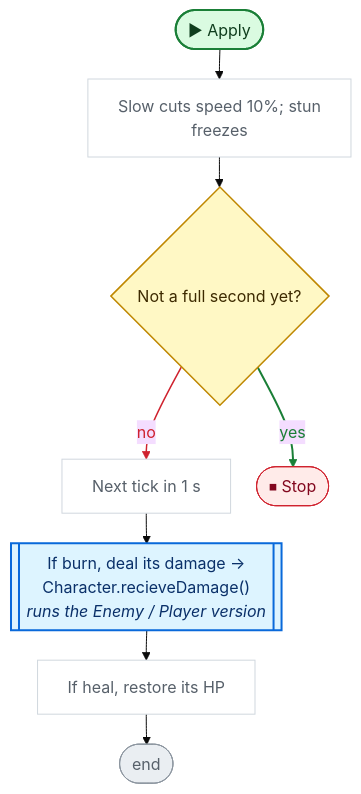
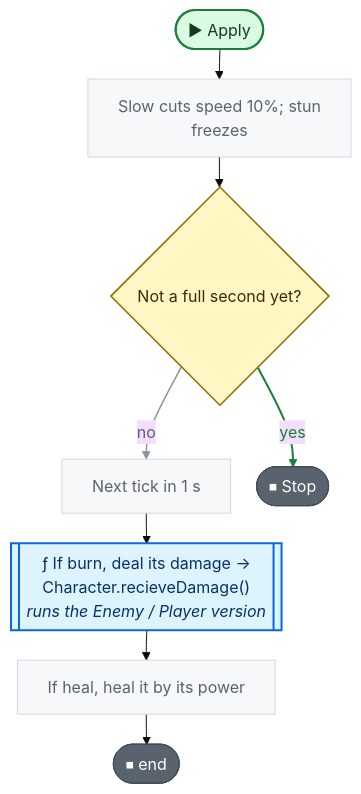
One commit to nataiai/Lord-of-the-Dungeon changed the fifth of 5 diagrams in CodeGraph~/graph/BuffEffect.cs.md. Above: the diagram before and after it, drawn with Mermaid (base theme). The commit also changed other lines of this file and 57 other files, not shown here.

````diff
--- a/CodeGraph~/graph/BuffEffect.cs.md
+++ b/CodeGraph~/graph/BuffEffect.cs.md
@@ -229,47 +231,47 @@
 ```mermaid
 ---
 config:
   flowchart:
     wrappingWidth: 260
     nodeSpacing: 26
     rankSpacing: 30
 ---
 flowchart TD
   nS(["▶ Apply"])
   n66868f["Slow cuts speed 10%; stun<br>freezes"]
   n2354d9{"Not a full second yet?"}
   nca6318["Next tick in 1 s"]
-  n2294e9[["If burn, deal its damage →<br>Character.recieveDamage()<br><i>runs the Enemy / Player version</i>"]]
-  nd05218["If heal, restore its HP"]
-  nE(["end"])
+  n2294e9[["ƒ If burn, deal its damage →<br>Character.recieveDamage()<br><i>runs the Enemy / Player version</i>"]]
+  nd05218["If heal, heal it by its power"]
+  nE(["⏹ end"])
   nb2e4fc(["⏹ Stop"])
   nS --> n66868f
   n66868f --> n2354d9
   n2354d9 -->|no| nca6318
   n2354d9 -->|yes| nb2e4fc
   nca6318 --> n2294e9
   n2294e9 --> nd05218
   nd05218 --> nE
-  linkStyle 2 stroke:#cf222e,stroke-width:1.5px,color:#cf222e
+  linkStyle 2 stroke:#8c959f,stroke-width:1.5px,color:#59636e
   linkStyle 3 stroke:#1a7f37,stroke-width:2px,color:#1a7f37
   classDef unity fill:#dafbe1,stroke:#1a7f37,stroke-width:2px,color:#0f3d1d
   classDef start fill:#dafbe1,stroke:#1a7f37,stroke-width:2px,color:#0f3d1d
-  classDef calc fill:#ffffff,stroke:#d0d7de,color:#57606a
+  classDef calc fill:#f6f8fa,stroke:#d1d9e0,color:#59636e
   classDef calls fill:#ddf4ff,stroke:#0969da,stroke-width:2px,color:#0a3069
-  classDef ext fill:#ddf4ff,stroke:#0969da,stroke-width:2px,stroke-dasharray:5 3,color:#0a3069
-  classDef cond fill:#fff8c5,stroke:#bf8700,stroke-width:1.5px,color:#3d2a00
-  classDef loop fill:#f6f8fa,stroke:#57606a,color:#1f2328
-  classDef exit fill:#ffebe9,stroke:#cf222e,color:#82071e
+  classDef ext fill:#f6f8fa,stroke:#59636e,stroke-width:1.5px,stroke-dasharray:5 5,color:#1f2328
+  classDef cond fill:#fff8c5,stroke:#9a6700,stroke-width:1.5px,color:#3d2a00
+  classDef loop fill:#fff8c5,stroke:#9a6700,color:#3d2a00
+  classDef wait fill:#fff8c5,stroke:#9a6700,color:#3d2a00
+  classDef exit fill:#59636e,stroke:#424a53,color:#ffffff
+  classDef fin fill:#59636e,stroke:#424a53,color:#ffffff
+  classDef act fill:#ffffff,stroke:#59636e,stroke-width:1.5px,color:#1f2328
   classDef kill fill:#ffebe9,stroke:#cf222e,stroke-width:2px,color:#82071e
-  classDef spawn fill:#dafbe1,stroke:#1a7f37,stroke-width:2px,color:#0f3d1d
-  classDef wait fill:#fff1e5,stroke:#bc4c00,color:#4d1d00
-  classDef fin fill:#eaeef2,stroke:#8c959f,color:#57606a
   classDef join fill:#d0d7de,stroke:#8c959f,color:#57606a
   classDef ghdr fill:#f5f9ff,stroke:#f5f9ff,color:#0a3069,font-weight:bold
   class n66868f,nca6318,nd05218 calc
   class n2294e9 calls
   class n2354d9 cond
   class nb2e4fc exit
   class nE fin
   class nS start
 ```
````
